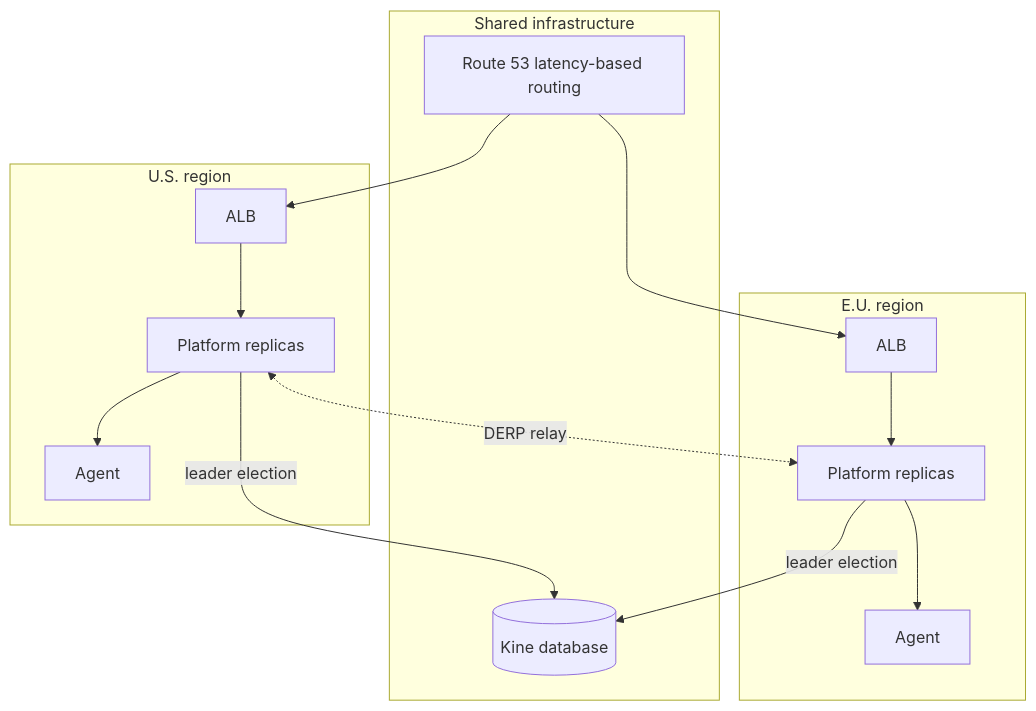
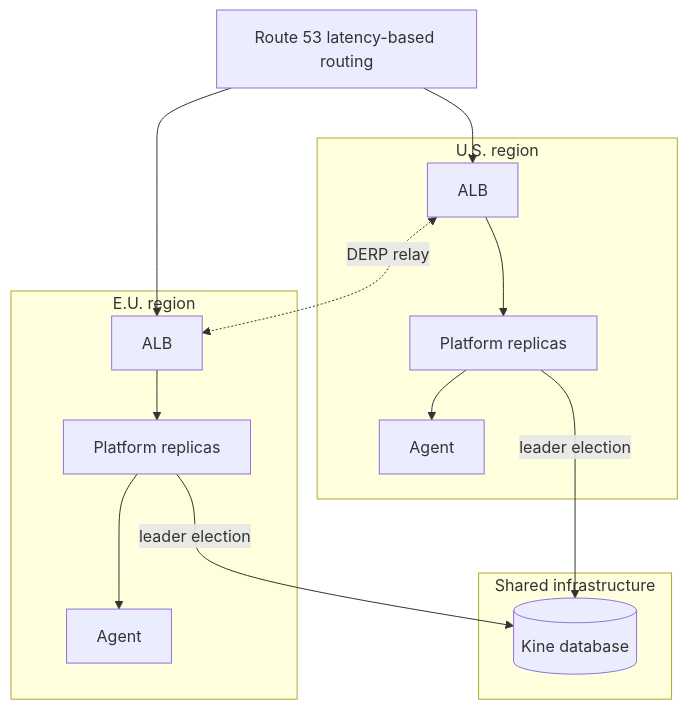
One commit to loft-sh/vcluster-docs changed the diagram in platform/administer/clusters/advanced/multi-region.mdx. Above: the diagram before and after it, drawn with Mermaid.

Commit message:
graph updates for correct DERP routing

````diff
--- a/platform/administer/clusters/advanced/multi-region.mdx
+++ b/platform/administer/clusters/advanced/multi-region.mdx
@@ -32,21 +32,30 @@
 ```mermaid
 graph TD
+    DNS[Route 53 latency-based routing]
+
     subgraph "U.S. region"
-        US_LB[ALB] --> US_P[Platform replicas]
-        US_P --> US_A[Agent]
+        US_LB[ALB]
+        US_P[Platform replicas]
+        US_A[Agent]
+        US_LB --> US_P
+        US_P --> US_A
     end
+
     subgraph "E.U. region"
-        EU_LB[ALB] --> EU_P[Platform replicas]
-        EU_P --> EU_A[Agent]
+        EU_LB[ALB]
+        EU_P[Platform replicas]
+        EU_A[Agent]
+        EU_LB --> EU_P
+        EU_P --> EU_A
     end
+
     subgraph "Shared infrastructure"
         DB[(Kine database)]
-        DNS[Route 53 latency-based routing]
     end
 
+    DNS --> US_LB
+    DNS --> EU_LB
     US_P -- leader election --> DB
     EU_P -- leader election --> DB
-    DNS --> US_LB
-    DNS --> EU_LB
-    US_P <-. DERP relay .-> EU_P
+    US_LB <-. DERP relay .-> EU_LB
 ```
````
